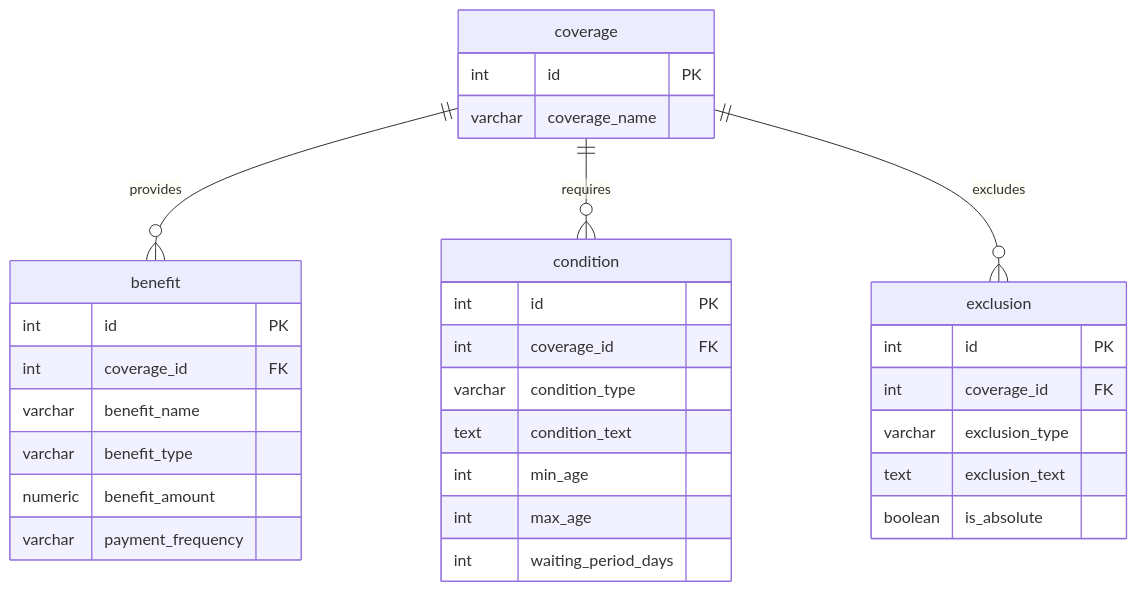
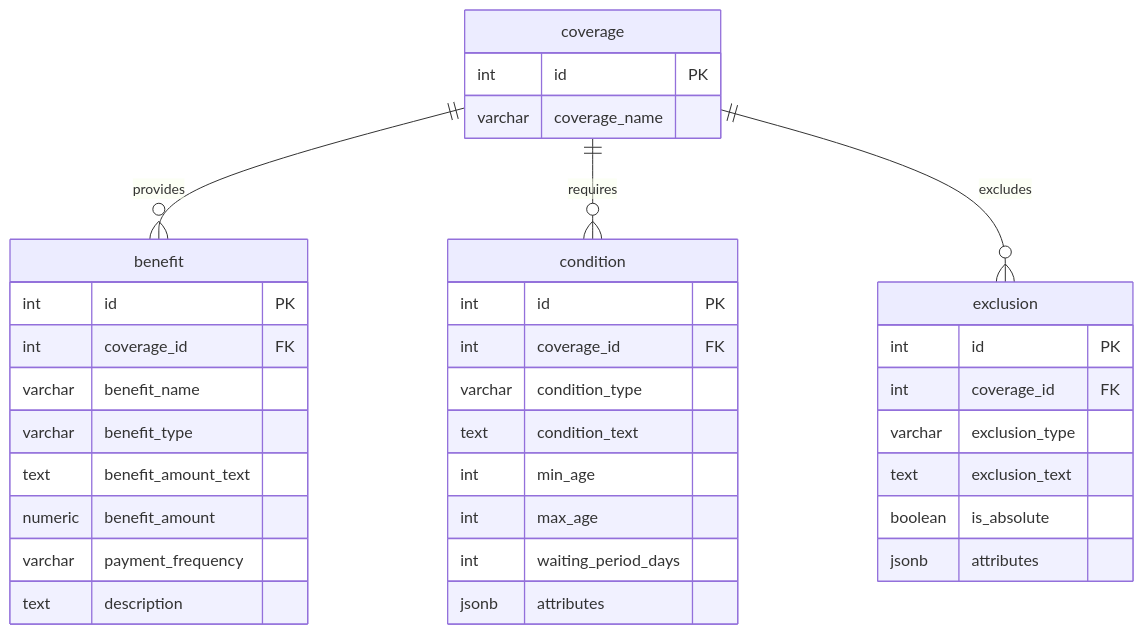
Before and after one commit to jason-dio-so/insurance-ontology-v3: the third of 5 diagrams in db_refactoring/docs/ER_DIAGRAM.md, drawn with Mermaid. The commit also changed other lines of this file and 1 other file, not shown here.

First line of the commit message:
docs: Sync ER_DIAGRAM.md and GRAPH_SCHEMA.md with actual schema

````diff
--- a/db_refactoring/docs/ER_DIAGRAM.md
+++ b/db_refactoring/docs/ER_DIAGRAM.md
@@ -119,38 +133,42 @@
 ```mermaid
 erDiagram
     coverage {
         int id PK
         varchar coverage_name
     }
 
     benefit {
         int id PK
         int coverage_id FK
         varchar benefit_name
         varchar benefit_type
+        text benefit_amount_text
         numeric benefit_amount
         varchar payment_frequency
+        text description
     }
 
     condition {
         int id PK
         int coverage_id FK
         varchar condition_type
         text condition_text
         int min_age
         int max_age
         int waiting_period_days
+        jsonb attributes
     }
 
     exclusion {
         int id PK
         int coverage_id FK
         varchar exclusion_type
         text exclusion_text
         boolean is_absolute
+        jsonb attributes
     }
 
     coverage ||--o{ benefit : "provides"
     coverage ||--o{ condition : "requires"
     coverage ||--o{ exclusion : "excludes"
 ```
````
